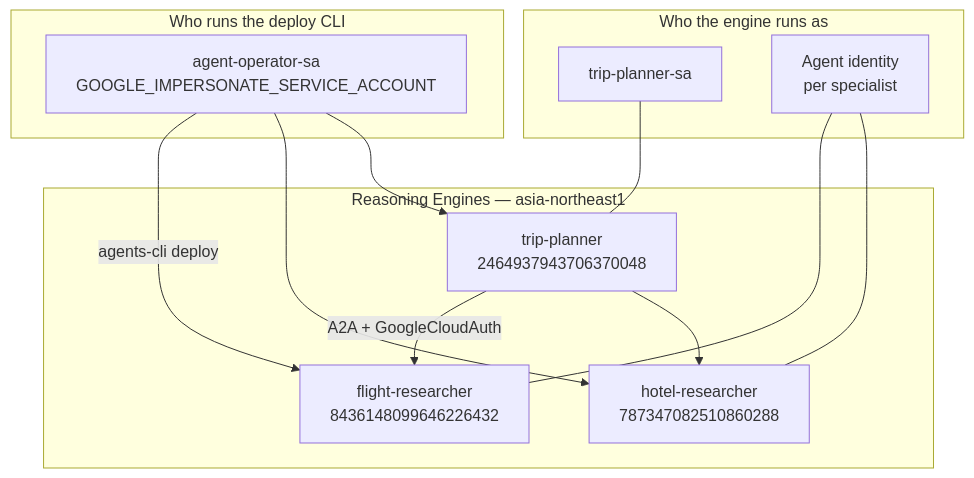
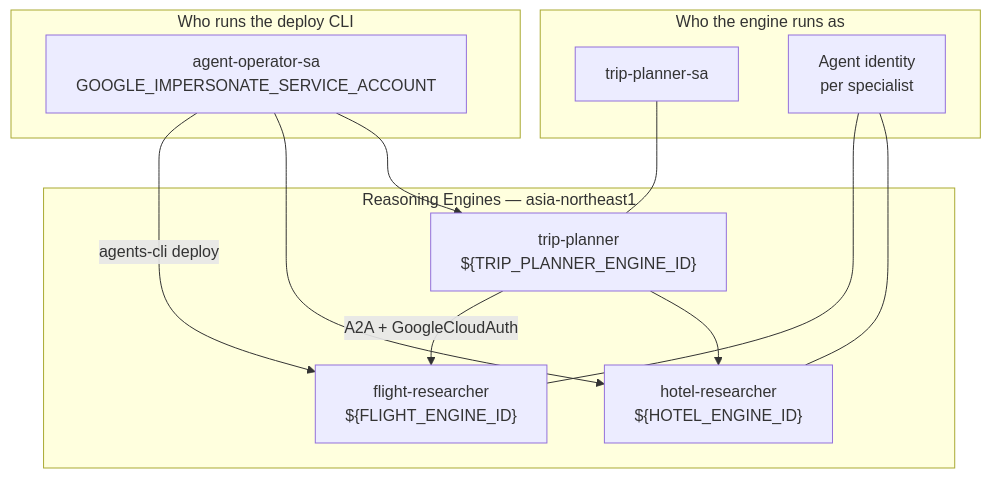
The sixth of 7 diagrams in docs/guides/02-iam-deploy.md (yu-iskw/agent-cli-demo), drawn with Mermaid before and after one commit. The commit also changed other lines of this file and 43 other files, not shown here.

````diff
--- a/docs/guides/02-iam-deploy.md
+++ b/docs/guides/02-iam-deploy.md
@@ -176,26 +176,26 @@
 ```mermaid
 flowchart TB
   subgraph Identity["Who runs the deploy CLI"]
     Op["agent-operator-sa<br/>GOOGLE_IMPERSONATE_SERVICE_ACCOUNT"]
   end
 
   subgraph Runtime["Who the engine runs as"]
     TPSA["trip-planner-sa"]
     AI["Agent identity<br/>per specialist"]
   end
 
   subgraph Engines["Reasoning Engines — asia-northeast1"]
-    FR["flight-researcher<br/>8436148099646226432"]
-    HR["hotel-researcher<br/>787347082510860288"]
-    TP["trip-planner<br/>2464937943706370048"]
+    FR["flight-researcher<br/>${FLIGHT_ENGINE_ID}"]
+    HR["hotel-researcher<br/>${HOTEL_ENGINE_ID}"]
+    TP["trip-planner<br/>${TRIP_PLANNER_ENGINE_ID}"]
   end
 
   Op -->|"agents-cli deploy"| FR
   Op --> HR
   Op --> TP
   AI --- FR
   AI --- HR
   TPSA --- TP
   TP -->|"A2A + GoogleCloudAuth"| FR
   TP --> HR
 ```
````
